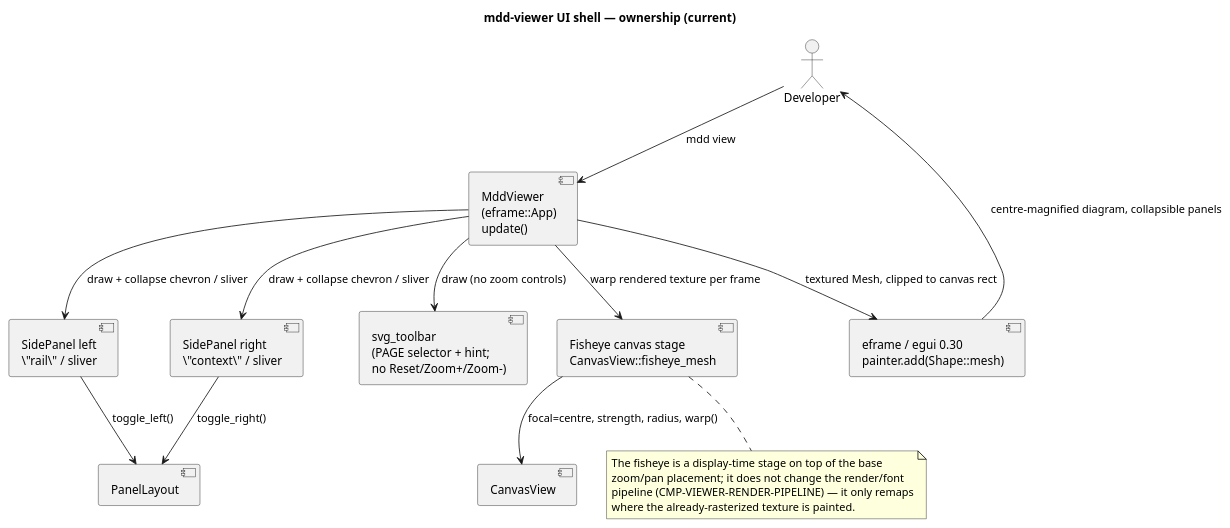
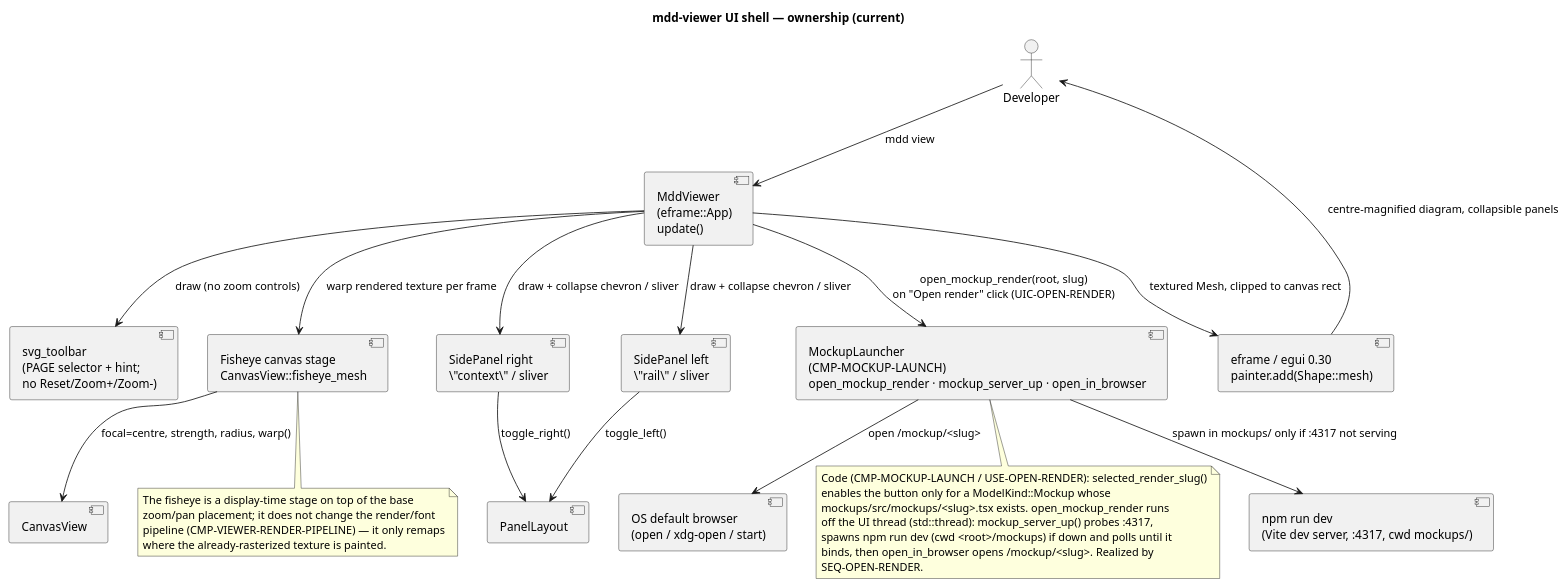
Before and after one commit to cthadeufaria/model-driven-development: the diagram in .mdd/map/components/viewer-shell.puml, drawn with PlantUML. The commit also changed 6 other files, not shown here.

First line of the commit message:
Fold cycle 0019 open-render into the whole-map (backfill)

```diff
--- a/.mdd/map/components/viewer-shell.puml
+++ b/.mdd/map/components/viewer-shell.puml
@@ -1,39 +1,61 @@
 @startuml
 ' --- whole-map provenance: cycle that introduced each @id ---
 ' @cycle(CMP-VIEWER-SHELL, 0001)
+' @cycle(CMP-MOCKUP-LAUNCH, 0019)
 ' @id(CMP-VIEWER-SHELL)
 ' @ref(USE-VIEW-DIAGRAMS)
 ' @desc(CMP-VIEWER-SHELL, "The egui shell of mdd-viewer as built by MddViewer::update: collapsible left/right SidePanels, a toolbar with no zoom buttons, and the center-fixed fisheye canvas stage that warps the rendered texture before painting.")
+' @id(CMP-MOCKUP-LAUNCH)
+' @ref(USE-OPEN-RENDER)
+' @desc(CMP-MOCKUP-LAUNCH, "As built (cycle 0019, crates/mdd-viewer/src/lib.rs): the launch helpers behind the view-tab 'Open render' button. selected_render_slug() gates the button; open_mockup_render(root, slug) spawns a thread that calls mockup_server_up() to probe localhost:4317, spawns npm run dev with cwd <root>/mockups only if the port is not serving (polling until it binds), then open_in_browser opens the OS default browser at /mockup/<slug>. No npm install, no child-process shutdown tracking.")
 ' Current-side component view derived from MddViewer::update in
 ' crates/mdd-viewer/src/lib.rs.
 title mdd-viewer UI shell — ownership (current)
 
 actor "Developer" as Dev
 
 component "MddViewer\n(eframe::App)\nupdate()" as Viewer
 component "SidePanel left\n\"rail\" / sliver" as Left
 component "SidePanel right\n\"context\" / sliver" as Right
 component "svg_toolbar\n(PAGE selector + hint;\nno Reset/Zoom+/Zoom-)" as Toolbar
 component "Fisheye canvas stage\nCanvasView::fisheye_mesh" as Fisheye
 component "PanelLayout" as PL
 component "CanvasView" as CV
 component "eframe / egui 0.30\npainter.add(Shape::mesh)" as Egui
 
 Dev --> Viewer : mdd view
 Viewer --> Left : draw + collapse chevron / sliver
 Viewer --> Right : draw + collapse chevron / sliver
 Left --> PL : toggle_left()
 Right --> PL : toggle_right()
 Viewer --> Toolbar : draw (no zoom controls)
 Viewer --> Fisheye : warp rendered texture per frame
 Fisheye --> CV : focal=centre, strength, radius, warp()
 Viewer --> Egui : textured Mesh, clipped to canvas rect
 Egui --> Dev : centre-magnified diagram, collapsible panels
 
 note bottom of Fisheye
   The fisheye is a display-time stage on top of the base
   zoom/pan placement; it does not change the render/font
   pipeline (CMP-VIEWER-RENDER-PIPELINE) — it only remaps
   where the already-rasterized texture is painted.
 end note
+
+component "MockupLauncher\n(CMP-MOCKUP-LAUNCH)\nopen_mockup_render · mockup_server_up · open_in_browser" as Launch
+component "npm run dev\n(Vite dev server, :4317, cwd mockups/)" as Vite
+component "OS default browser\n(open / xdg-open / start)" as Browser
+
+Viewer --> Launch : open_mockup_render(root, slug)\non "Open render" click (UIC-OPEN-RENDER)
+Launch --> Vite : spawn in mockups/ only if :4317 not serving
+Launch --> Browser : open /mockup/<slug>
+
+note bottom of Launch
+  Code (CMP-MOCKUP-LAUNCH / USE-OPEN-RENDER): selected_render_slug()
+  enables the button only for a ModelKind::Mockup whose
+  mockups/src/mockups/<slug>.tsx exists. open_mockup_render runs
+  off the UI thread (std::thread): mockup_server_up() probes :4317,
+  spawns npm run dev (cwd <root>/mockups) if down and polls until it
+  binds, then open_in_browser opens /mockup/<slug>. Realized by
+  SEQ-OPEN-RENDER.
+end note
 @enduml
```
